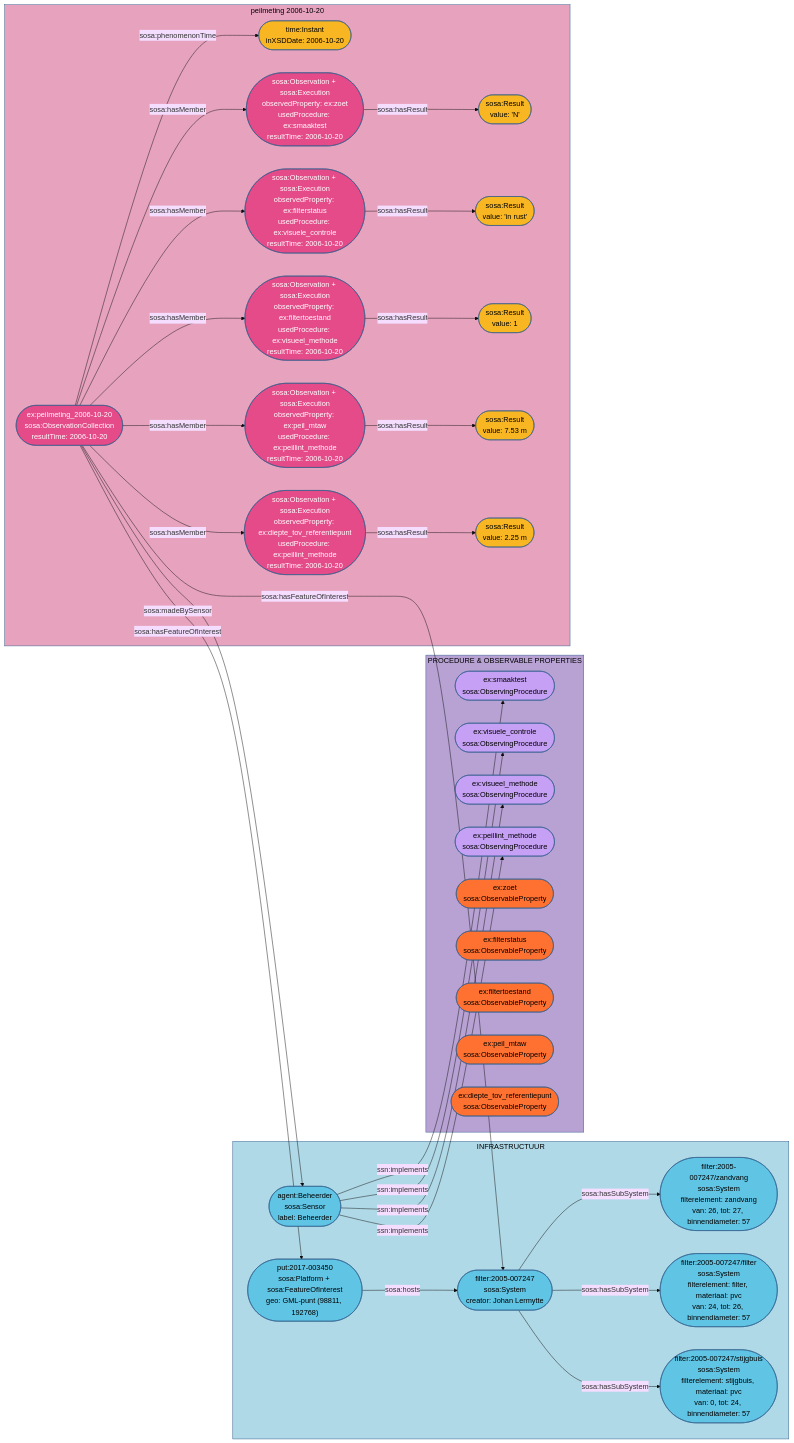
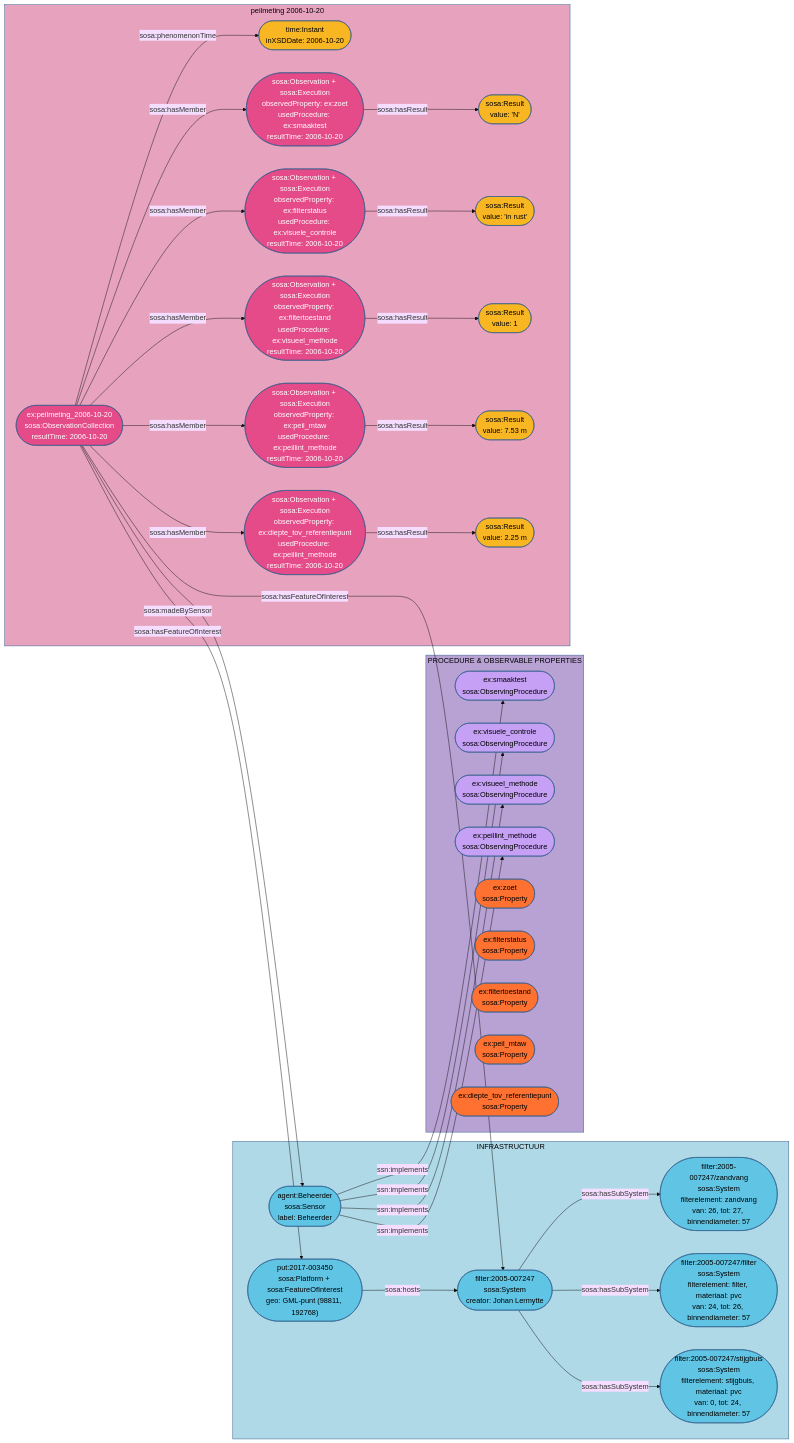
One commit to Informatievlaanderen/OSLOthema-SSNSOSA-VL changed the diagram in src/main/input/grondwaterpeilmetingen/grondwaterpeilmetingen.mmd. Above: the diagram before and after it, drawn with Mermaid (base theme). The commit also changed 126 other files, not shown here.

```diff
--- a/src/main/input/grondwaterpeilmetingen/grondwaterpeilmetingen.mmd
+++ b/src/main/input/grondwaterpeilmetingen/grondwaterpeilmetingen.mmd
@@ -1,117 +1,117 @@
 flowchart LR
 
 %% =====================================================
 %% INFRASTRUCTUUR (blauw)
 %% =====================================================
     subgraph INFRA["INFRASTRUCTUUR"]
         PUT(["put:2017-003450<br/>sosa:Platform + sosa:FeatureOfInterest<br/>geo: GML-punt (98811, 192768)"])
         FILTER(["filter:2005-007247<br/>sosa:System<br/>creator: Johan Lermytte"])
         ZANDVANG(["filter:2005-007247/zandvang<br/>sosa:System<br/>filterelement: zandvang<br/>van: 26, tot: 27, binnendiameter: 57"])
         FILTEREL(["filter:2005-007247/filter<br/>sosa:System<br/>filterelement: filter, materiaal: pvc<br/>van: 24, tot: 26, binnendiameter: 57"])
         STIJGBUIS(["filter:2005-007247/stijgbuis<br/>sosa:System<br/>filterelement: stijgbuis, materiaal: pvc<br/>van: 0, tot: 24, binnendiameter: 57"])
         BEHEERDER(["agent:Beheerder<br/>sosa:Sensor<br/>label: Beheerder"])
     end
 
     style INFRA     fill:#b0d9e7,stroke:#2E5C8A,color:#000
     style PUT       fill:#60c4e4,stroke:#2E5C8A,color:#000
     style FILTER    fill:#60c4e4,stroke:#2E5C8A,color:#000
     style ZANDVANG  fill:#60c4e4,stroke:#2E5C8A,color:#000
     style FILTEREL  fill:#60c4e4,stroke:#2E5C8A,color:#000
     style STIJGBUIS fill:#60c4e4,stroke:#2E5C8A,color:#000
     style BEHEERDER fill:#60c4e4,stroke:#2E5C8A,color:#000
 
 %% =====================================================
 %% PROCEDURE & OBSERVABLE PROPERTIES (paars / oranje)
 %% =====================================================
     subgraph PROC["PROCEDURE & OBSERVABLE PROPERTIES"]
         SMAAKTEST(["ex:smaaktest<br/>sosa:ObservingProcedure"])
         VIS_CONTR(["ex:visuele_controle<br/>sosa:ObservingProcedure"])
         VIS_METH(["ex:visueel_methode<br/>sosa:ObservingProcedure"])
         PEILLINT(["ex:peillint_methode<br/>sosa:ObservingProcedure"])
-        ZOET(["ex:zoet<br/>sosa:ObservableProperty"])
-        FILTERSTATUS(["ex:filterstatus<br/>sosa:ObservableProperty"])
-        FILTERTOESTAND(["ex:filtertoestand<br/>sosa:ObservableProperty"])
-        PEIL_MTAW(["ex:peil_mtaw<br/>sosa:ObservableProperty"])
-        DIEPTE(["ex:diepte_tov_referentiepunt<br/>sosa:ObservableProperty"])
+        ZOET(["ex:zoet<br/>sosa:Property"])
+        FILTERSTATUS(["ex:filterstatus<br/>sosa:Property"])
+        FILTERTOESTAND(["ex:filtertoestand<br/>sosa:Property"])
+        PEIL_MTAW(["ex:peil_mtaw<br/>sosa:Property"])
+        DIEPTE(["ex:diepte_tov_referentiepunt<br/>sosa:Property"])
     end
 
     style PROC           fill:#b8a2d4,stroke:#2E5C8A,color:#000
     style SMAAKTEST      fill:#c6a0f5,stroke:#2E5C8A,color:#000
     style VIS_CONTR      fill:#c6a0f5,stroke:#2E5C8A,color:#000
     style VIS_METH       fill:#c6a0f5,stroke:#2E5C8A,color:#000
     style PEILLINT       fill:#c6a0f5,stroke:#2E5C8A,color:#000
     style ZOET           fill:#fe7130,stroke:#2E5C8A,color:#000
     style FILTERSTATUS   fill:#fe7130,stroke:#2E5C8A,color:#000
     style FILTERTOESTAND fill:#fe7130,stroke:#2E5C8A,color:#000
     style PEIL_MTAW      fill:#fe7130,stroke:#2E5C8A,color:#000
     style DIEPTE         fill:#fe7130,stroke:#2E5C8A,color:#000
 
 %% =====================================================
 %% WAARNEMING – peilmeting 2006-10-20 (roze)
 %% =====================================================
     subgraph COLL1_SG["peilmeting 2006-10-20"]
         COLL1(["ex:peilmeting_2006-10-20<br/>sosa:ObservationCollection<br/>resultTime: 2006-10-20"])
         TIME1(["time:Instant<br/>inXSDDate: 2006-10-20"])
 
         OBS1_ZOET(["sosa:Observation + sosa:Execution<br/>observedProperty: ex:zoet<br/>usedProcedure: ex:smaaktest<br/>resultTime: 2006-10-20"])
         RES1_ZOET(["sosa:Result<br/>value: 'N'"])
 
         OBS1_FILTS(["sosa:Observation + sosa:Execution<br/>observedProperty: ex:filterstatus<br/>usedProcedure: ex:visuele_controle<br/>resultTime: 2006-10-20"])
         RES1_FILTS(["sosa:Result<br/>value: 'in rust'"])
 
         OBS1_FILTT(["sosa:Observation + sosa:Execution<br/>observedProperty: ex:filtertoestand<br/>usedProcedure: ex:visueel_methode<br/>resultTime: 2006-10-20"])
         RES1_FILTT(["sosa:Result<br/>value: 1"])
 
         OBS1_PEIL(["sosa:Observation + sosa:Execution<br/>observedProperty: ex:peil_mtaw<br/>usedProcedure: ex:peillint_methode<br/>resultTime: 2006-10-20"])
         RES1_PEIL(["sosa:Result<br/>value: 7.53 m"])
 
         OBS1_DIEPTE(["sosa:Observation + sosa:Execution<br/>observedProperty: ex:diepte_tov_referentiepunt<br/>usedProcedure: ex:peillint_methode<br/>resultTime: 2006-10-20"])
         RES1_DIEPTE(["sosa:Result<br/>value: 2.25 m"])
     end
 
     style COLL1_SG    fill:#e7a3be,stroke:#2E5C8A,color:#000
     style COLL1       fill:#e54b89,stroke:#2E5C8A,color:#fff
     style TIME1       fill:#f8b622,stroke:#2E5C8A,color:#000
     style OBS1_ZOET   fill:#e54b89,stroke:#2E5C8A,color:#fff
     style RES1_ZOET   fill:#f8b622,stroke:#2E5C8A,color:#000
     style OBS1_FILTS  fill:#e54b89,stroke:#2E5C8A,color:#fff
     style RES1_FILTS  fill:#f8b622,stroke:#2E5C8A,color:#000
     style OBS1_FILTT  fill:#e54b89,stroke:#2E5C8A,color:#fff
     style RES1_FILTT  fill:#f8b622,stroke:#2E5C8A,color:#000
     style OBS1_PEIL   fill:#e54b89,stroke:#2E5C8A,color:#fff
     style RES1_PEIL   fill:#f8b622,stroke:#2E5C8A,color:#000
     style OBS1_DIEPTE fill:#e54b89,stroke:#2E5C8A,color:#fff
     style RES1_DIEPTE fill:#f8b622,stroke:#2E5C8A,color:#000
 
 
 
 
 %% =====================================================
 %% RELATIES – INFRASTRUCTUUR
 %% =====================================================
     PUT      -->|sosa:hosts| FILTER
     FILTER   -->|sosa:hasSubSystem| ZANDVANG
     FILTER   -->|sosa:hasSubSystem| FILTEREL
     FILTER   -->|sosa:hasSubSystem| STIJGBUIS
     BEHEERDER -->|ssn:implements| SMAAKTEST
     BEHEERDER -->|ssn:implements| VIS_CONTR
     BEHEERDER -->|ssn:implements| VIS_METH
     BEHEERDER -->|ssn:implements| PEILLINT
 
 %% =====================================================
 %% RELATIES – peilmeting 2006-10-20
 %% =====================================================
     COLL1 -->|sosa:phenomenonTime| TIME1
     COLL1 -->|sosa:hasFeatureOfInterest| PUT
     COLL1 -->|sosa:hasFeatureOfInterest| FILTER
     COLL1 -->|sosa:madeBySensor| BEHEERDER
     COLL1 -->|sosa:hasMember| OBS1_ZOET
     COLL1 -->|sosa:hasMember| OBS1_FILTS
     COLL1 -->|sosa:hasMember| OBS1_FILTT
     COLL1 -->|sosa:hasMember| OBS1_PEIL
     COLL1 -->|sosa:hasMember| OBS1_DIEPTE
     OBS1_ZOET   -->|sosa:hasResult| RES1_ZOET
     OBS1_FILTS  -->|sosa:hasResult| RES1_FILTS
     OBS1_FILTT  -->|sosa:hasResult| RES1_FILTT
     OBS1_PEIL   -->|sosa:hasResult| RES1_PEIL
     OBS1_DIEPTE -->|sosa:hasResult| RES1_DIEPTE
```
